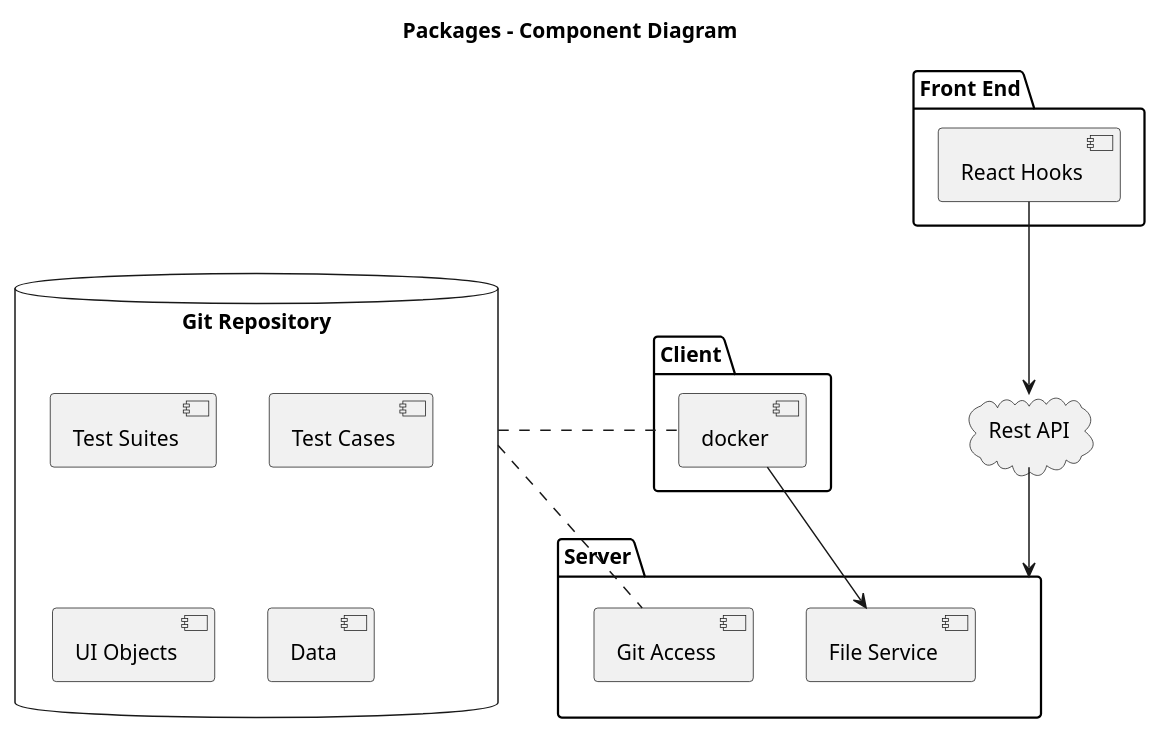
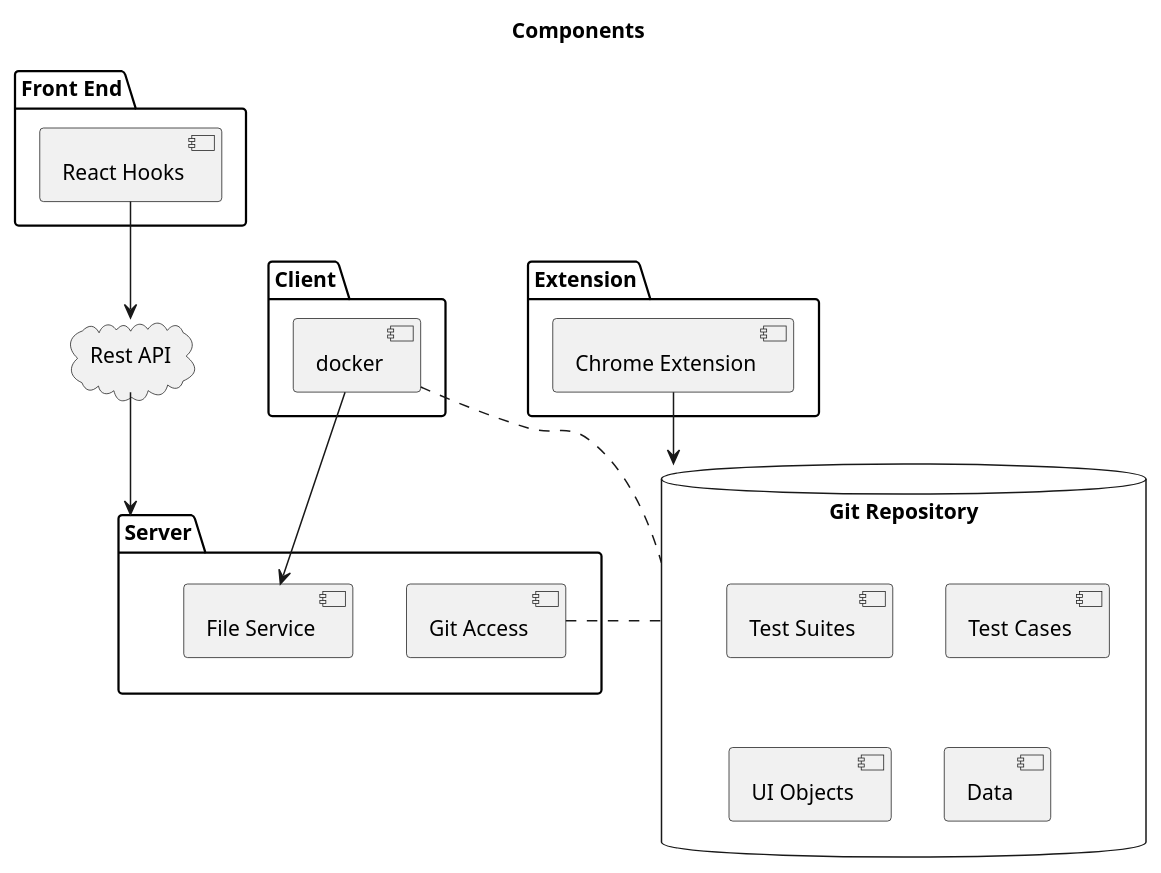
The diagram in component_general.puml (jien-huang/automation), drawn with PlantUML before and after one commit.

Commit message:
update puml

```diff
--- a/component_general.puml
+++ b/component_general.puml
@@ -1,34 +1,40 @@
 @startuml
 
-title Packages - Component Diagram
+title  Components
+
+package "Extension" {
+    component [Chrome Extension] as Ext
+}
 
 package "Front End" {
     component [React Hooks] as GUI
 }
 
 package "Client" as Cli {
     component [docker] as Docker
 }
 
 cloud "Rest API" as Internet {
 }
- 
+
 package "Server" as Server {
-    [Git Access] as GA 
     [File Service] as FS
-} 
+    [Git Access] as GA
+
+}
 
 database "Git Repository\n" as Repo {
     [Test Suites]
     [Test Cases]
     [UI Objects]
     [Data]
 }
 
+Ext -down-> Repo
 Docker -down-> FS
-Docker .left. Repo
+Docker .down. Repo
 GUI -down-> Internet
 Internet -down-> Server
-GA .left. Repo
+GA .right. Repo
 
 @enduml
```
